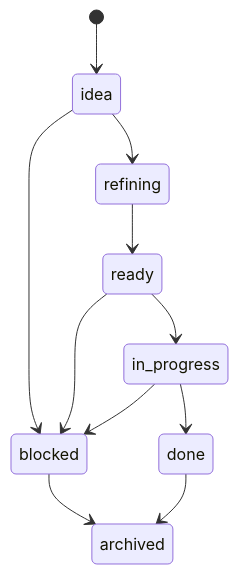
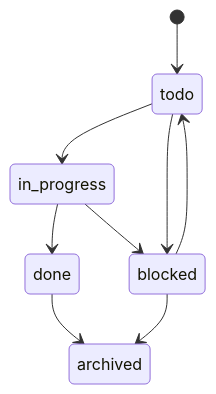
The second of 4 diagrams in docs/spec/spec.md (eridanilabs/scut), drawn with Mermaid before and after one commit. The commit also changed other lines of this file and 3 other files, not shown here.

````diff
--- a/docs/spec/spec.md
+++ b/docs/spec/spec.md
@@ -313,13 +403,11 @@
 ```mermaid
 stateDiagram-v2
-    [*] --> idea
-    idea --> refining
-    idea --> blocked
-    refining --> ready
-    ready --> in_progress
-    ready --> blocked
+    [*] --> todo
+    todo --> in_progress
+    todo --> blocked
     in_progress --> done
     in_progress --> blocked
+    blocked --> todo
     blocked --> archived
     done --> archived
 ```
````
